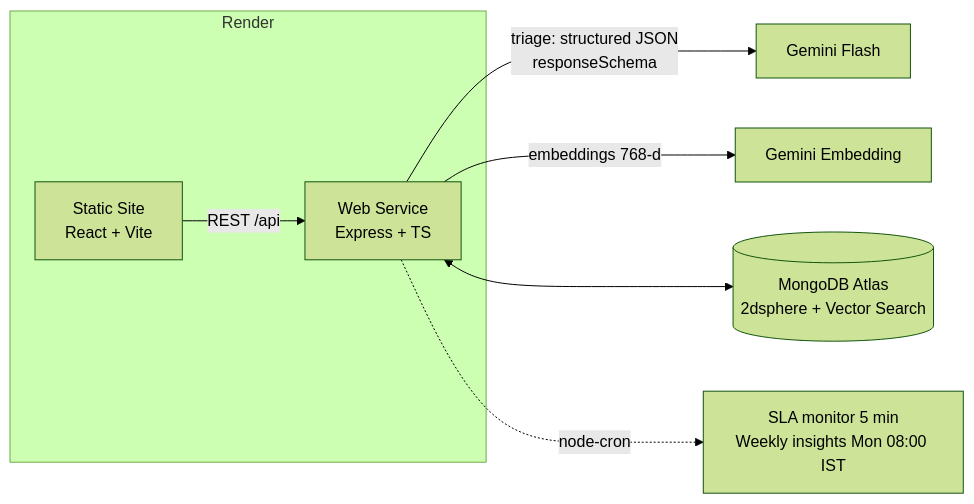
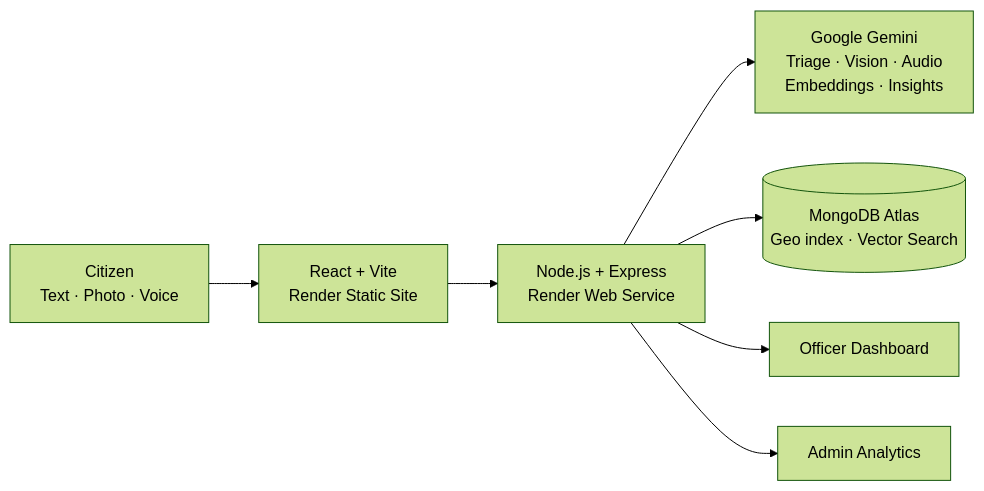
Before and after one commit to deerthika21/CivicPulse: the diagram in README.md, drawn with Mermaid (forest theme). The commit also changed other lines of this file, not shown here.

````diff
--- a/README.md
+++ b/README.md
@@ -36,10 +43,9 @@
 ```mermaid
 flowchart LR
-  subgraph Render
-    C[Static Site<br/>React + Vite] -->|REST /api| S[Web Service<br/>Express + TS]
-  end
-  S -->|triage: structured JSON<br/>responseSchema| G1[Gemini Flash]
-  S -->|embeddings 768-d| G2[Gemini Embedding]
-  S <--> M[(MongoDB Atlas<br/>2dsphere + Vector Search)]
-  S -. node-cron .-> J[SLA monitor 5 min<br/>Weekly insights Mon 08:00 IST]
+    C[Citizen<br/>Text · Photo · Voice] --> FE[React + Vite<br/>Render Static Site]
+    FE --> API[Node.js + Express<br/>Render Web Service]
+    API --> G[Google Gemini<br/>Triage · Vision · Audio<br/>Embeddings · Insights]
+    API --> DB[(MongoDB Atlas<br/>Geo index · Vector Search)]
+    API --> O[Officer Dashboard]
+    API --> A[Admin Analytics]
 ```
````
